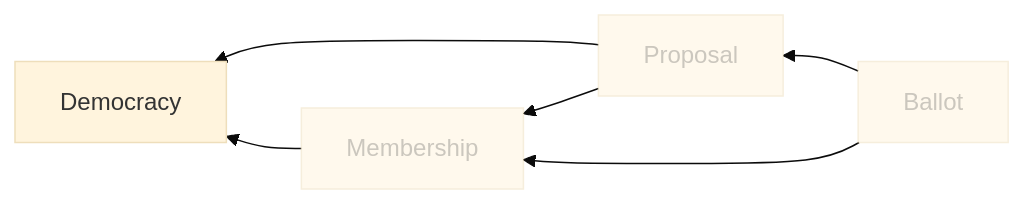
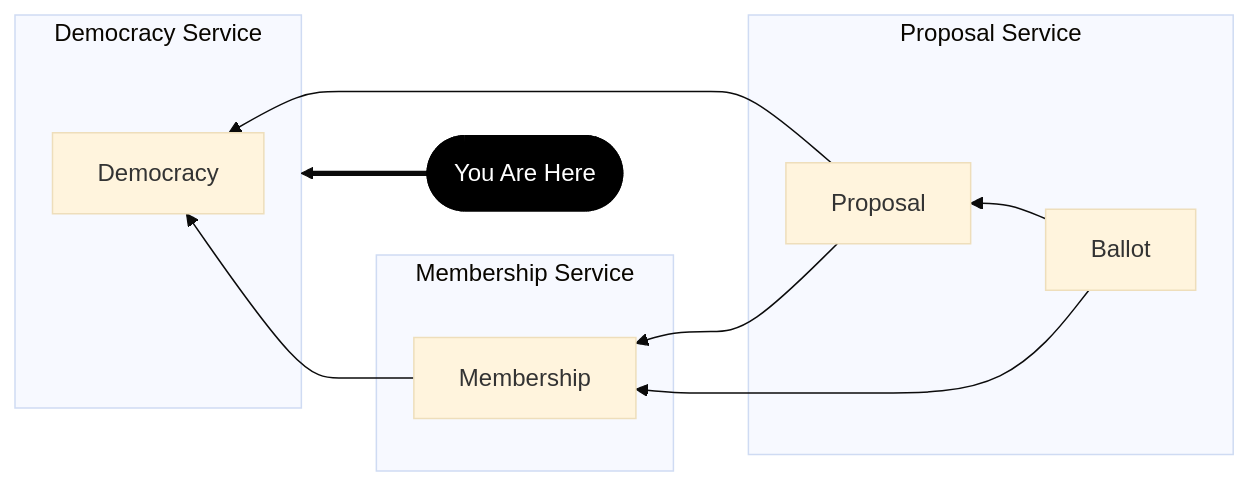
Before and after one commit to AluminumOxide/direct-democracy: the first of 2 diagrams in services/api-democracy/README.md, drawn with Mermaid (base theme). The commit also changed other lines of this file and 24 other files, not shown here.

````diff
--- a/services/api-democracy/README.md
+++ b/services/api-democracy/README.md
@@ -6,10 +5,17 @@
 ```mermaid
 flowchart RL
+    subgraph democracy [Democracy Service]
     D[Democracy]
-    M[Membership]:::exclude --> D
-    P --> D
-    P[Proposal]:::exclude --> M
-    B[Ballot]:::exclude --> P
+    end
+    subgraph membership [Membership Service]
+    M[Membership] --> D
+    end
+    subgraph proposal [Proposal Service]
+    P[Proposal] --> D
+    B[Ballot] --> P
+    end
+    P --> M
     B --> M
-    classDef exclude opacity:0.5
+    here([You Are Here]) ==> democracy
+    style here stroke:black,stroke-width:12px,fill:black,color:white;
 ```
````
